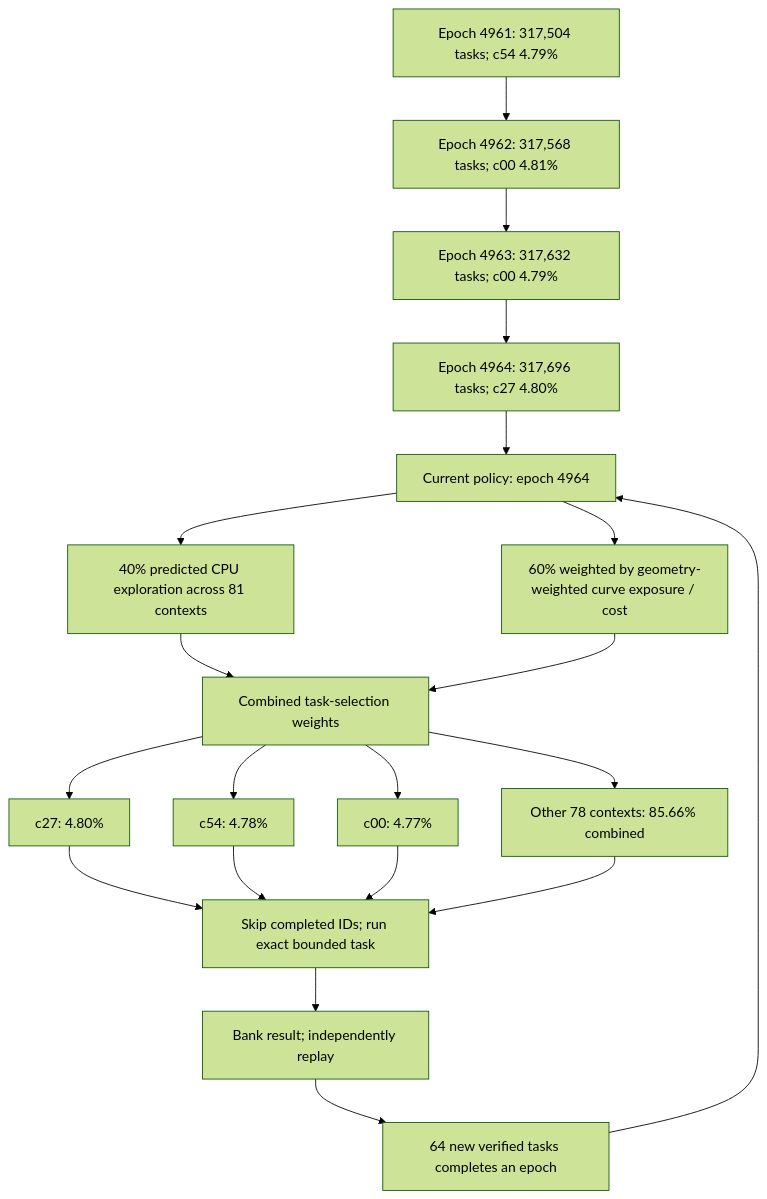
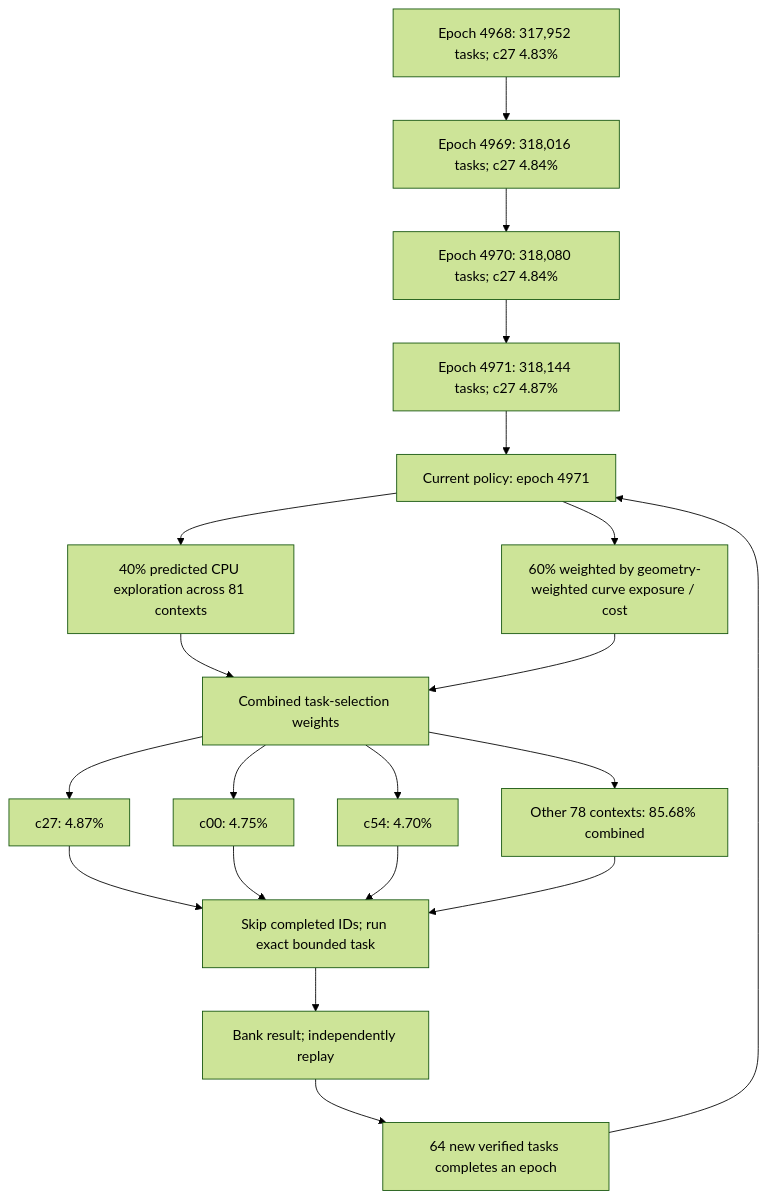
The first of 3 diagrams in README.md (Kuberwastaken/math-gambling), drawn with Mermaid (forest theme) before and after one commit. The commit also changed other lines of this file and 1248 other files, not shown here.

````diff
--- a/README.md
+++ b/README.md
@@ -60,27 +60,27 @@
 ```mermaid
 flowchart TD
-    H0["Epoch 4961: 317,504 tasks; c54 4.79%"]
-    H1["Epoch 4962: 317,568 tasks; c00 4.81%"]
+    H0["Epoch 4968: 317,952 tasks; c27 4.83%"]
+    H1["Epoch 4969: 318,016 tasks; c27 4.84%"]
     H0 --> H1
-    H2["Epoch 4963: 317,632 tasks; c00 4.79%"]
+    H2["Epoch 4970: 318,080 tasks; c27 4.84%"]
     H1 --> H2
-    H3["Epoch 4964: 317,696 tasks; c27 4.80%"]
+    H3["Epoch 4971: 318,144 tasks; c27 4.87%"]
     H2 --> H3
-    Policy["Current policy: epoch 4964"]
+    Policy["Current policy: epoch 4971"]
     H3 --> Policy
     Policy --> Explore["40% predicted CPU exploration across 81 contexts"]
     Policy --> Cost["60% weighted by geometry-weighted curve exposure / cost"]
     Explore --> Mix["Combined task-selection weights"]
     Cost --> Mix
-    Mix --> C0["c27: 4.80%"]
-    Mix --> C1["c54: 4.78%"]
-    Mix --> C2["c00: 4.77%"]
-    Mix --> Rest["Other 78 contexts: 85.66% combined"]
+    Mix --> C0["c27: 4.87%"]
+    Mix --> C1["c00: 4.75%"]
+    Mix --> C2["c54: 4.70%"]
+    Mix --> Rest["Other 78 contexts: 85.68% combined"]
     C0 --> Check["Skip completed IDs; run exact bounded task"]
     C1 --> Check
     C2 --> Check
     Rest --> Check
     Check --> Replay["Bank result; independently replay"]
     Replay --> Gate["64 new verified tasks completes an epoch"]
     Gate --> Policy
 ```
````
